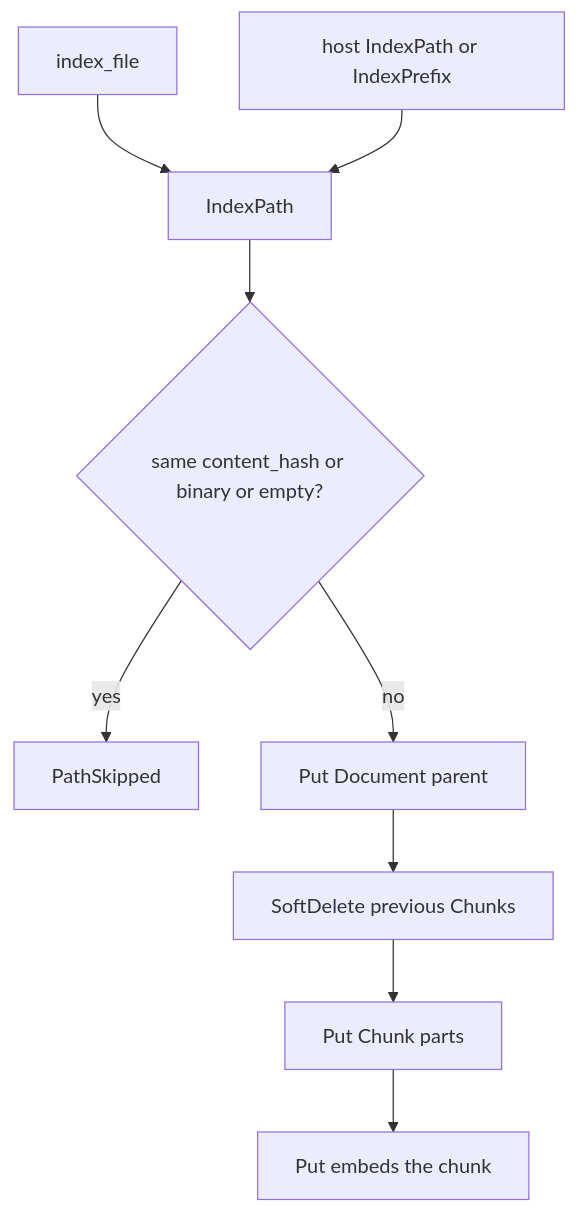
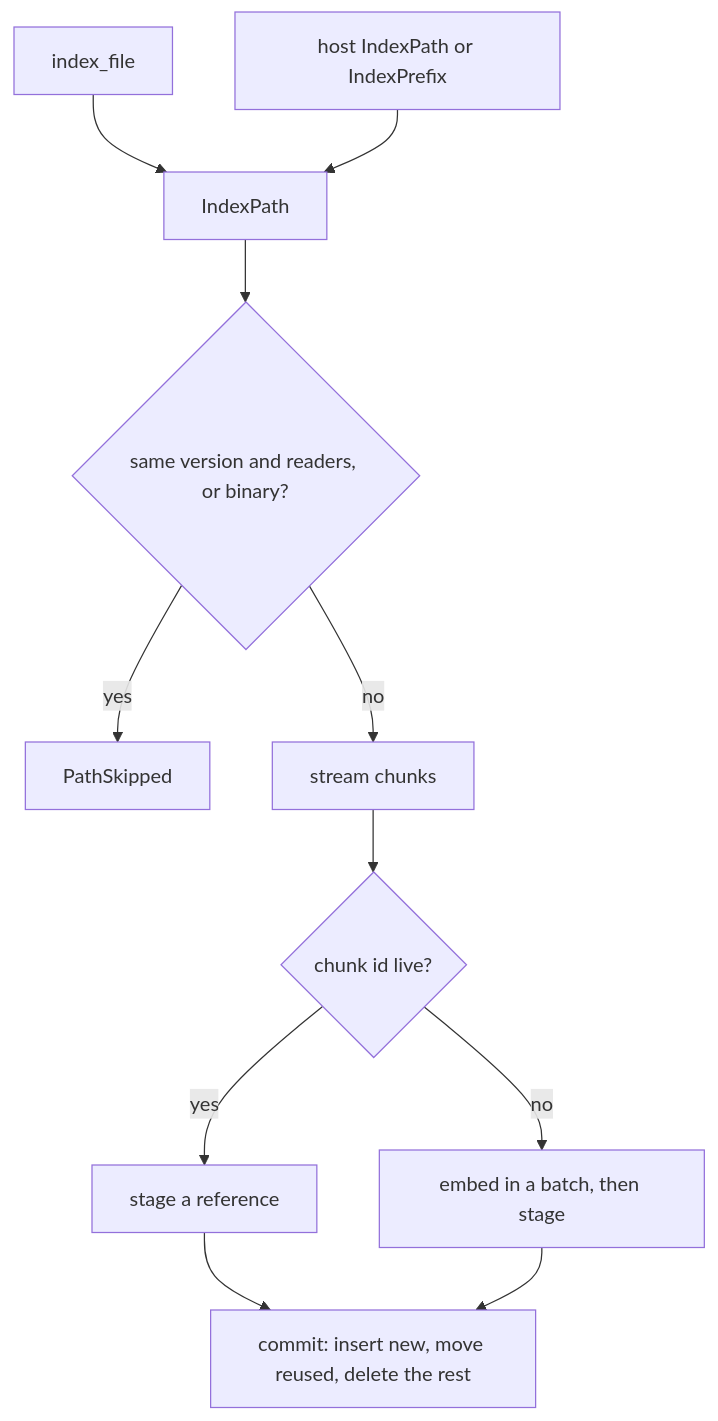
One commit to Ryanaldo34/tacklr changed the fourth of 7 diagrams in docs/knowledge.md. Above: the diagram before and after it, drawn with Mermaid. The commit also changed other lines of this file and 132 other files, not shown here.

````diff
--- a/docs/knowledge.md
+++ b/docs/knowledge.md
@@ -344,11 +339,13 @@
 ```mermaid
 flowchart TD
     A[index_file] --> IP[IndexPath]
     B[host IndexPath or IndexPrefix] --> IP
-    IP --> Skip{same content_hash or binary or empty?}
+    IP --> Skip{same version and readers, or binary?}
     Skip -->|yes| Out[PathSkipped]
-    Skip -->|no| Doc[Put Document parent]
-    Doc --> Drop[SoftDelete previous Chunks]
-    Drop --> Chunks[Put Chunk parts]
-    Chunks --> Emb[Put embeds the chunk]
+    Skip -->|no| Read[stream chunks]
+    Read --> Known{chunk id live?}
+    Known -->|yes| Ref[stage a reference]
+    Known -->|no| Emb[embed in a batch, then stage]
+    Ref --> Commit[commit: insert new, move reused, delete the rest]
+    Emb --> Commit
 ```
````
